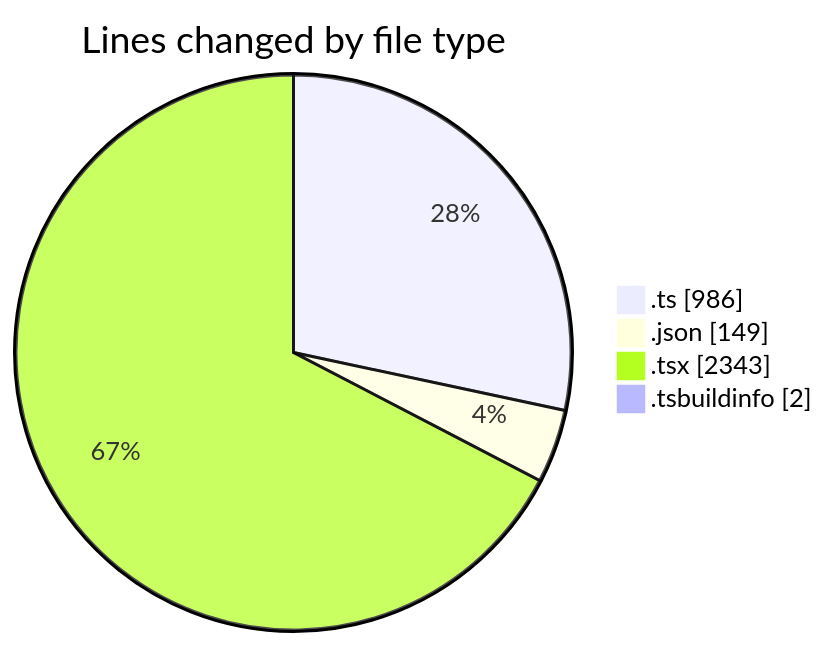
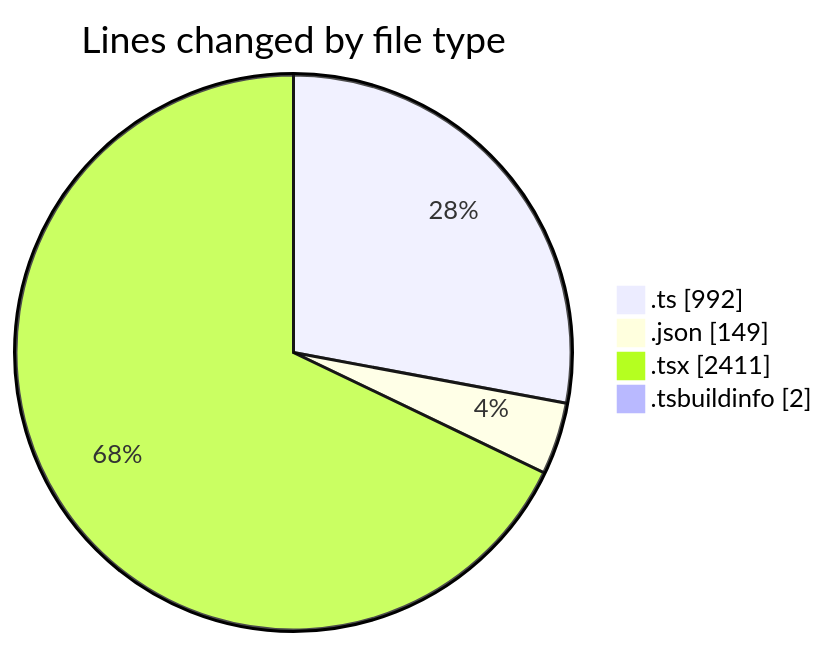
The first of 2 diagrams in 2025-02-20/mbc-web/README.md (robertbonfada/code-tracking), drawn with Mermaid before and after one commit. The commit also changed other lines of this file and 1 other file, not shown here.

````diff
--- a/2025-02-20/mbc-web/README.md
+++ b/2025-02-20/mbc-web/README.md
@@ -44,8 +44,8 @@
 ```mermaid
 pie showData
 title Lines changed by file type
-".ts" : 986
+".ts" : 992
 ".json" : 149
-".tsx" : 2343
+".tsx" : 2411
 ".tsbuildinfo" : 2
 ```
````
